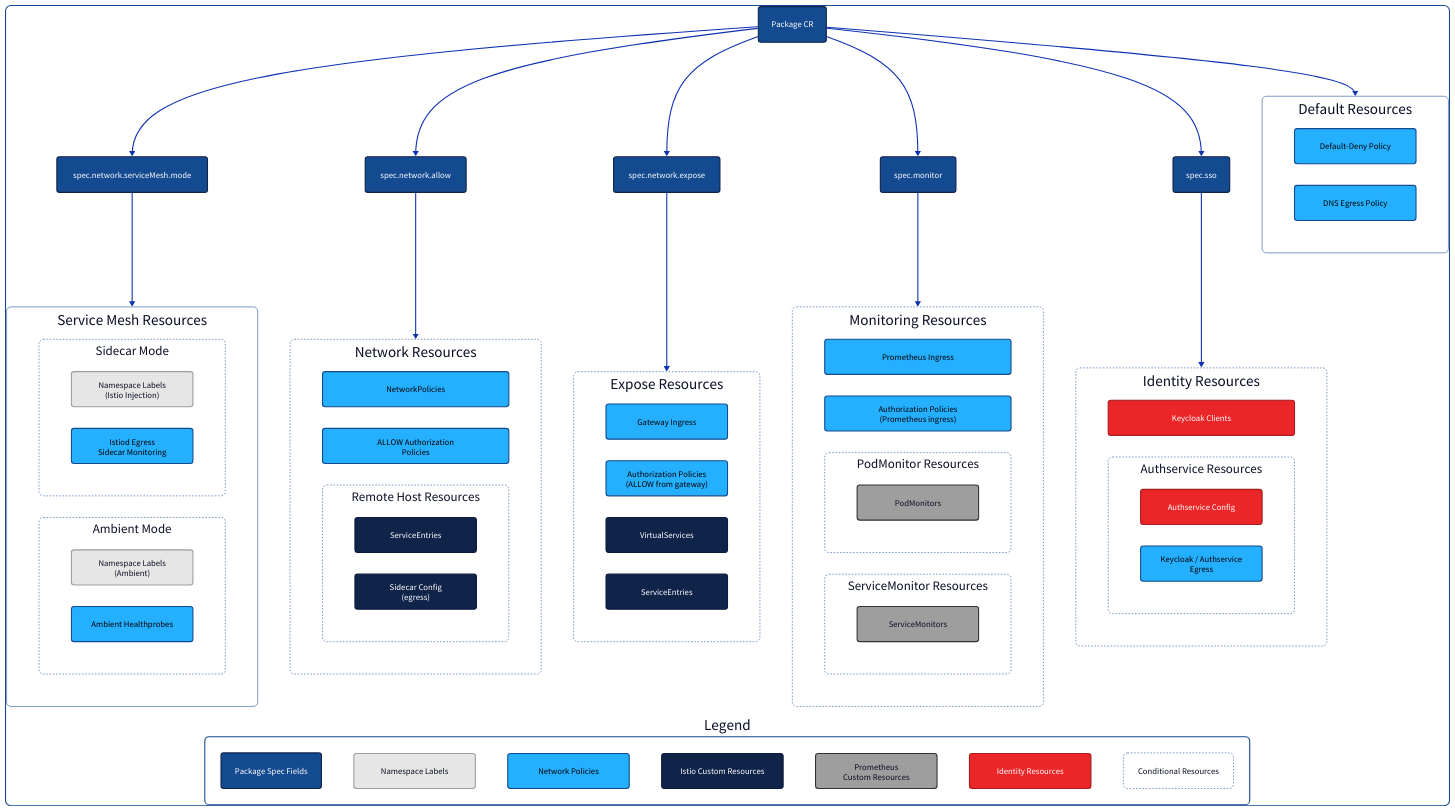
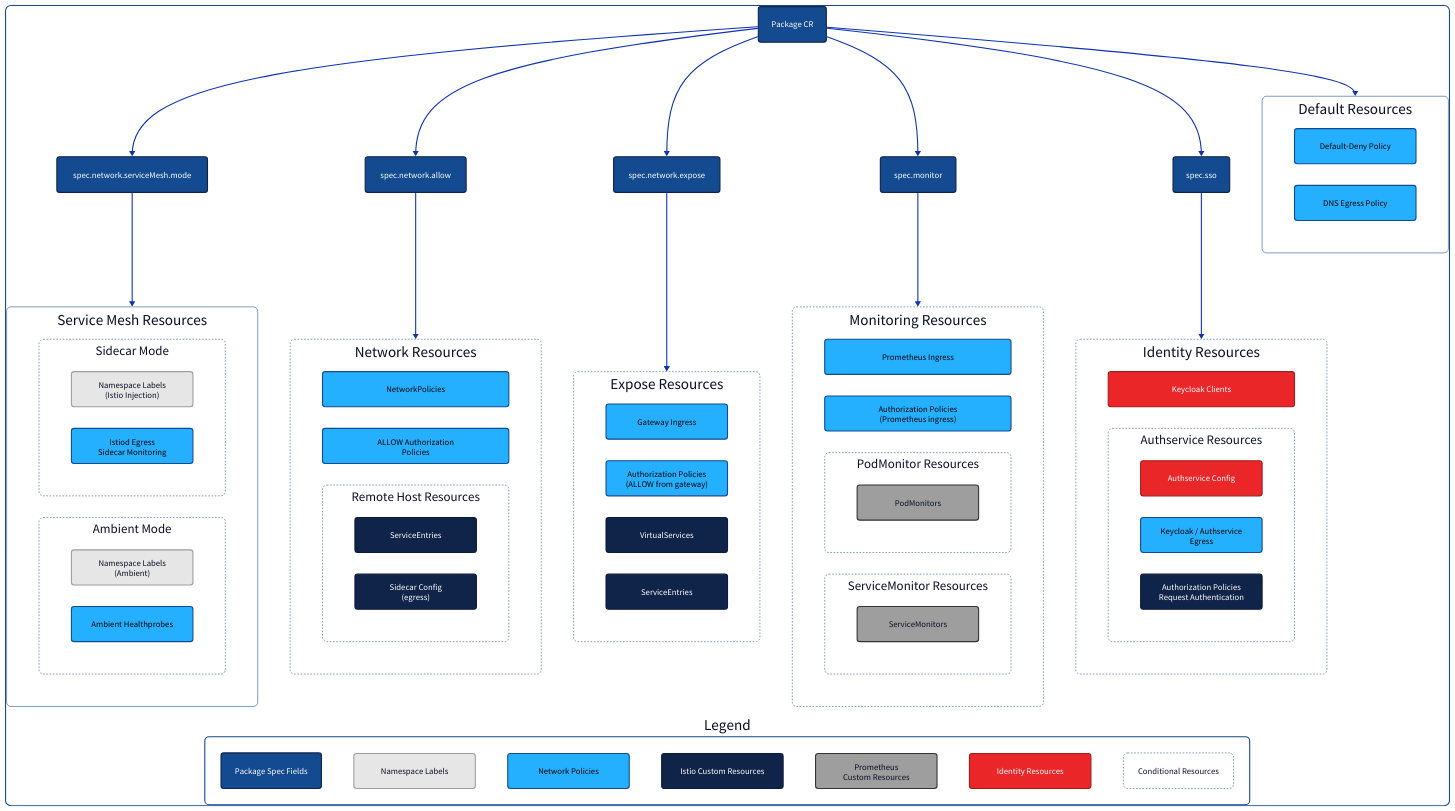
The diagram in docs/.images/diagrams/operator-resource-tree.d2 (defenseunicorns/uds-core), drawn with D2 before and after one commit. The commit also changed 2 other files, not shown here.

Commit message:
fix: missing resources in diagram

```diff
--- a/docs/.images/diagrams/operator-resource-tree.d2
+++ b/docs/.images/diagrams/operator-resource-tree.d2
@@ -240,6 +240,11 @@
       label: "Keycloak / Authservice\nEgress"
       class: networkResource
     }
+
+    IstioAuth: {
+      label: "Authorization Policies\nRequest Authentication"
+      class: istioResource
+    }
   }
 }
 
```
